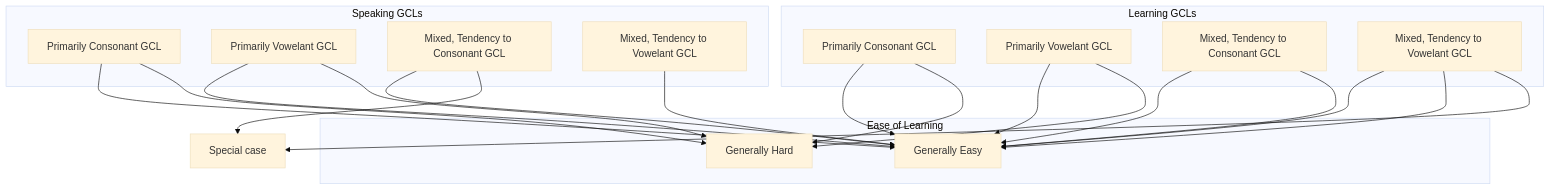
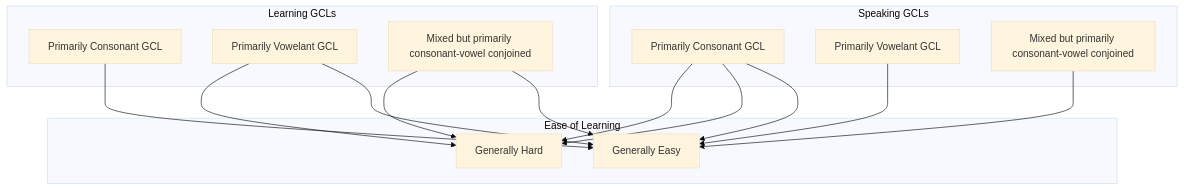
The diagram in general_communication_languages_categorization_for_learning.md (bendqh1/mermaid), drawn with Mermaid (base theme) before and after one commit. The commit also changed other lines of this file, not shown here.

````diff
--- a/general_communication_languages_categorization_for_learning.md
+++ b/general_communication_languages_categorization_for_learning.md
@@ -16,35 +11,28 @@
 ```mermaid
 flowchart TD
 
   subgraph A [Speaking GCLs]
     A1[Primarily Consonant GCL]
     A2[Primarily Vowelant GCL]
-    A3[Mixed, Tendency to Consonant GCL]
-    A4[Mixed, Tendency to Vowelant GCL]
+    A3[Mixed but primarily consonant-vowel conjoined]
   end
 
   subgraph B [Learning GCLs]
     B1[Primarily Consonant GCL]
     B2[Primarily Vowelant GCL]
-    B3[Mixed, Tendency to Consonant GCL]
-    B4[Mixed, Tendency to Vowelant GCL]
+    B3[Mixed but primarily consonant-vowel conjoined]
   end
 
   subgraph C [Ease of Learning]
     C1[Generally Easy]
     C2[Generally Hard]
   end
 
   A1 & B1 --> C1
   A2 & B2 --> C1
+  A3 & B3  --> C1
 
   A1 & B2 --> C2
-  B1 & A2 --> C2
+  A1 & B3 --> C2
 
-  A3 & B3 --> C1
-  A4 & B4 --> C1
-
-  B3 & B4 --> C1
-
-  A3 & B4 --> XX1[Special case]
 ```
````
